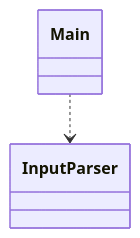
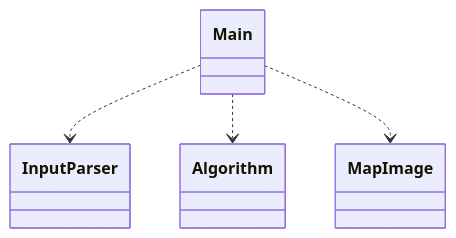
Before and after one commit to antonlep/shortest-path: the diagram in documentation/implementation.md, drawn with Mermaid.

````diff
--- a/documentation/implementation.md
+++ b/documentation/implementation.md
@@ -3,8 +3,14 @@
 ```mermaid
  classDiagram
       Main ..> InputParser
+      Main ..> Algorithm
+      Main ..> MapImage
       class Main{
       }
       class InputParser{
       }
+      class Algorithm{
+      }
+      class MapImage{
+      }
 ```
````
